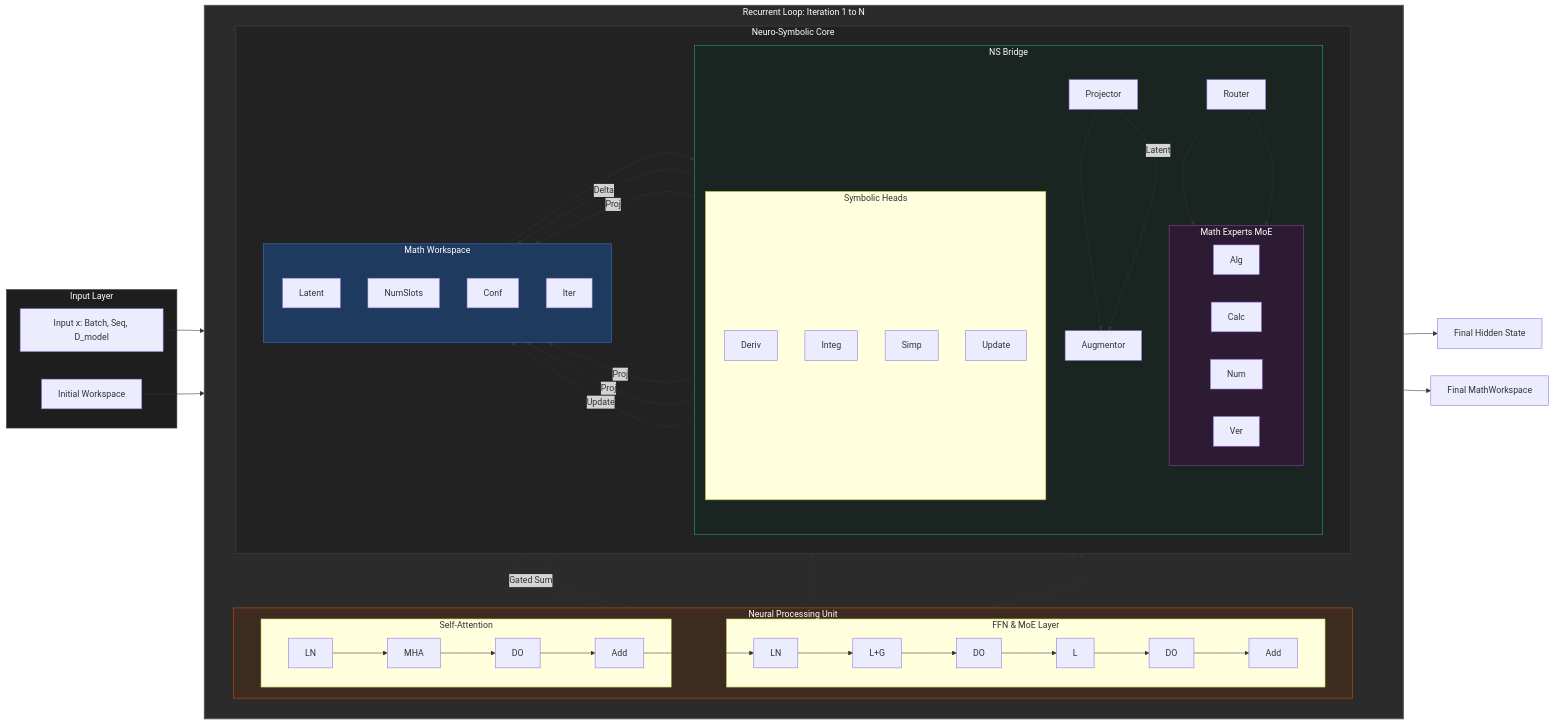
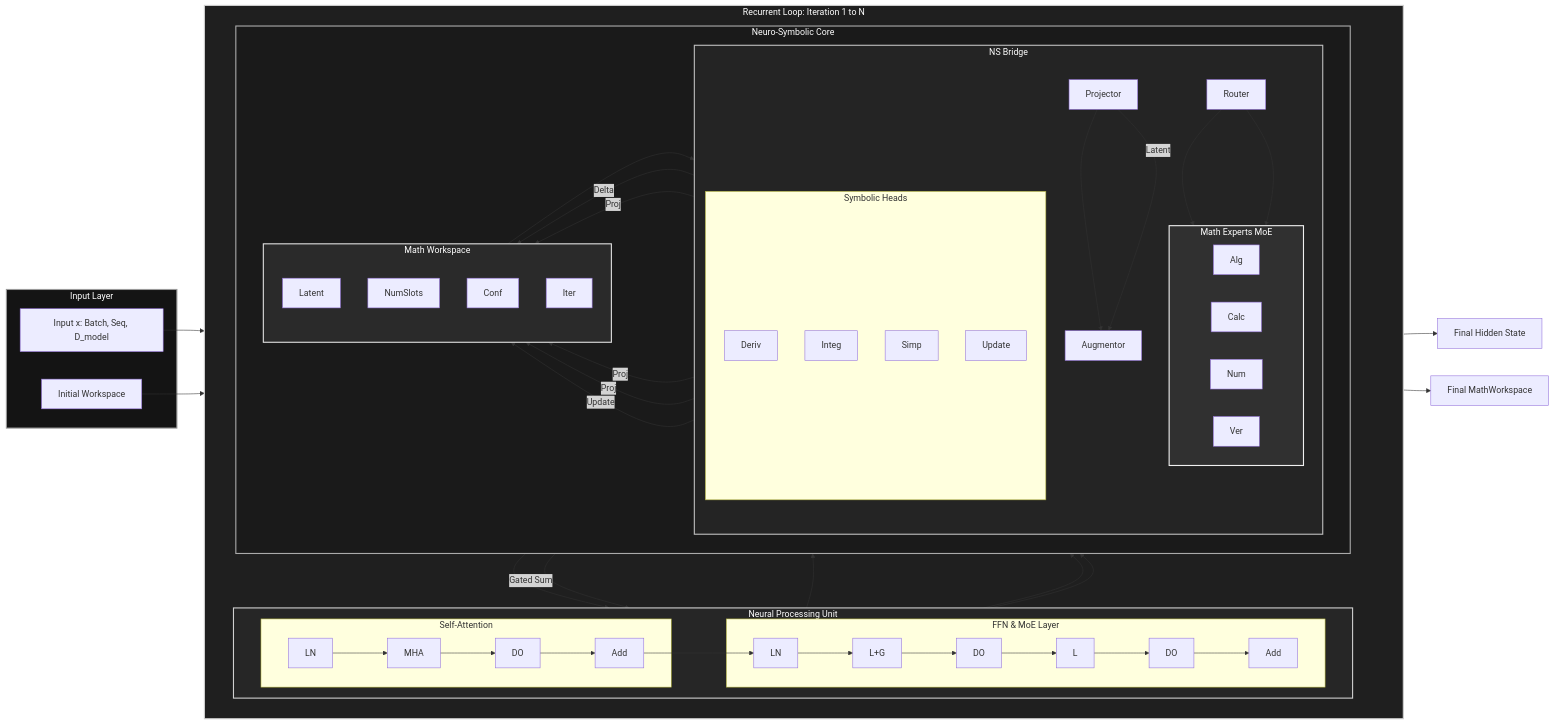
One commit to Neutron-Binary-LLC/OpenMetis changed the first of 2 diagrams in README.md. Above: the diagram before and after it, drawn with Mermaid.

Commit message:
Refactor README architecture diagram: detailed block-level structure for attention, FFN, MoE, and neuro-symbolic components

````diff
--- a/README.md
+++ b/README.md
@@ -84,11 +84,11 @@
     RecurrentLoop --> Output[Final Hidden State]
     RecurrentLoop --> FinalWS[Final MathWorkspace]
 
-    style RecurrentLoop fill:#2b2b2b,stroke:#555,stroke-width:2px,color:#fff
-    style Workspace_State fill:#1e3a5f,stroke:#3a7bd5,color:#fff
-    style Neural_Core fill:#3d2b1f,stroke:#d35400,color:#fff
-    style Experts fill:#2d1b33,stroke:#8e44ad,color:#fff
-    style NeuroSymbolic_Bridge fill:#1a2521,stroke:#27ae60,color:#fff
-    style Bridge_Workspace fill:#222,stroke:#444,color:#fff
-    style Input_Space fill:#1e1e1e,stroke:#444,color:#fff
+    style RecurrentLoop fill:#1f1f1f,stroke:#d0d0d0,stroke-width:2px,color:#ffffff
+    style Workspace_State fill:#2a2a2a,stroke:#e0e0e0,stroke-width:2px,color:#ffffff
+    style Neural_Core fill:#262626,stroke:#cfcfcf,stroke-width:2px,color:#ffffff
+    style Experts fill:#303030,stroke:#f0f0f0,stroke-width:2px,color:#ffffff
+    style NeuroSymbolic_Bridge fill:#242424,stroke:#bfbfbf,stroke-width:2px,color:#ffffff
+    style Bridge_Workspace fill:#1a1a1a,stroke:#aaaaaa,stroke-width:2px,color:#ffffff
+    style Input_Space fill:#141414,stroke:#999999,stroke-width:2px,color:#ffffff
 ```
````
